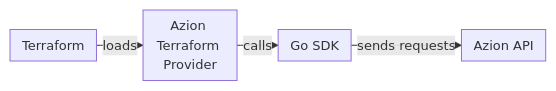
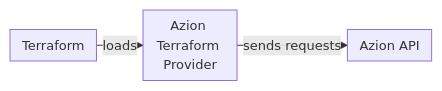
Before and after one commit to aziontech/docs: the diagram in apps/docs/src/content/docs/en/pages/devtools/terraform/how-it-works.mdx, drawn with Mermaid. The commit also changed other lines of this file and 31 other files, not shown here.

````diff
--- a/apps/docs/src/content/docs/en/pages/devtools/terraform/how-it-works.mdx
+++ b/apps/docs/src/content/docs/en/pages/devtools/terraform/how-it-works.mdx
@@ -26,7 +26,6 @@
 ```mermaid
 %%{init: {"layout": "dagre", "themeVariables": {"fontSize": "13px"}, "flowchart": {"nodeSpacing": 12, "rankSpacing": 12, "padding": 6, "wrappingWidth": 70, "minNodeWidth": 40, "useMaxWidth": true}}}%%
 flowchart LR
   Tf["Terraform"] -->|"loads"| Prov["Azion Terraform Provider"]
-  Prov -->|"calls"| Sdk["Go SDK"]
-  Sdk -->|"sends requests"| Api["Azion API"]
+  Prov -->|"sends requests"| Api["Azion API"]
 ```
````
